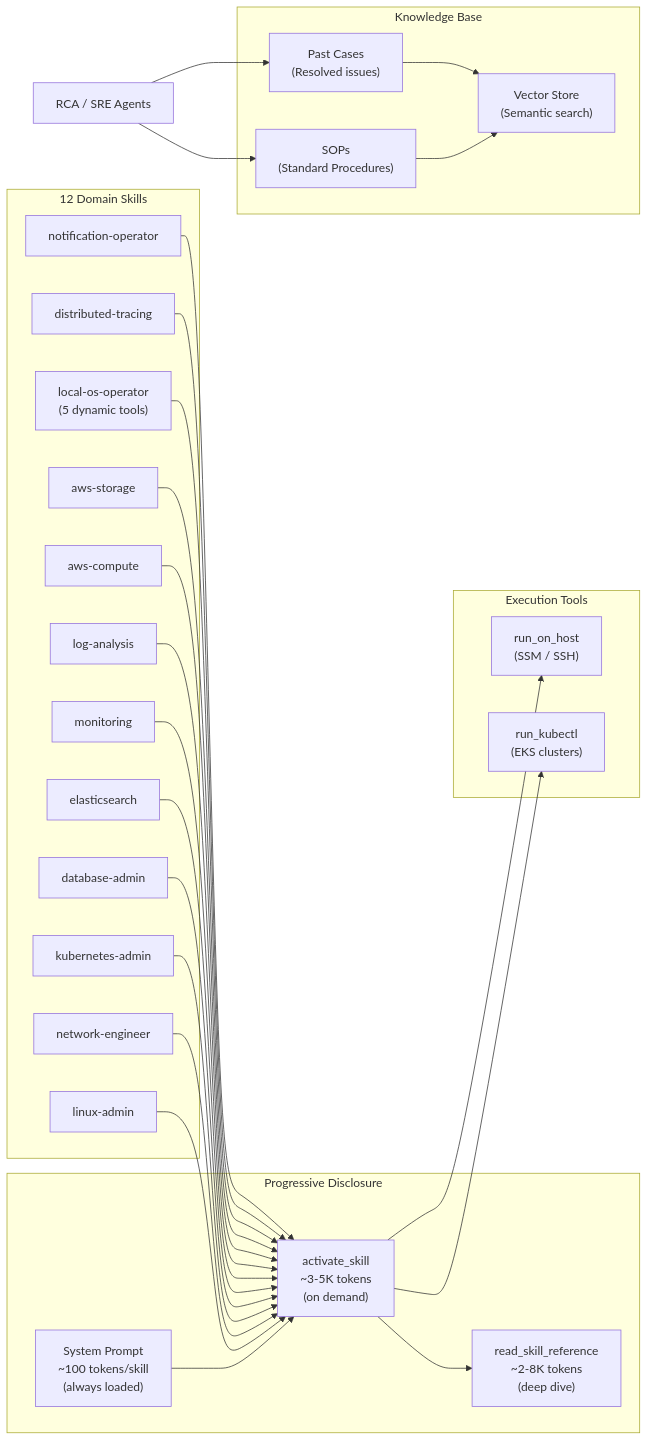
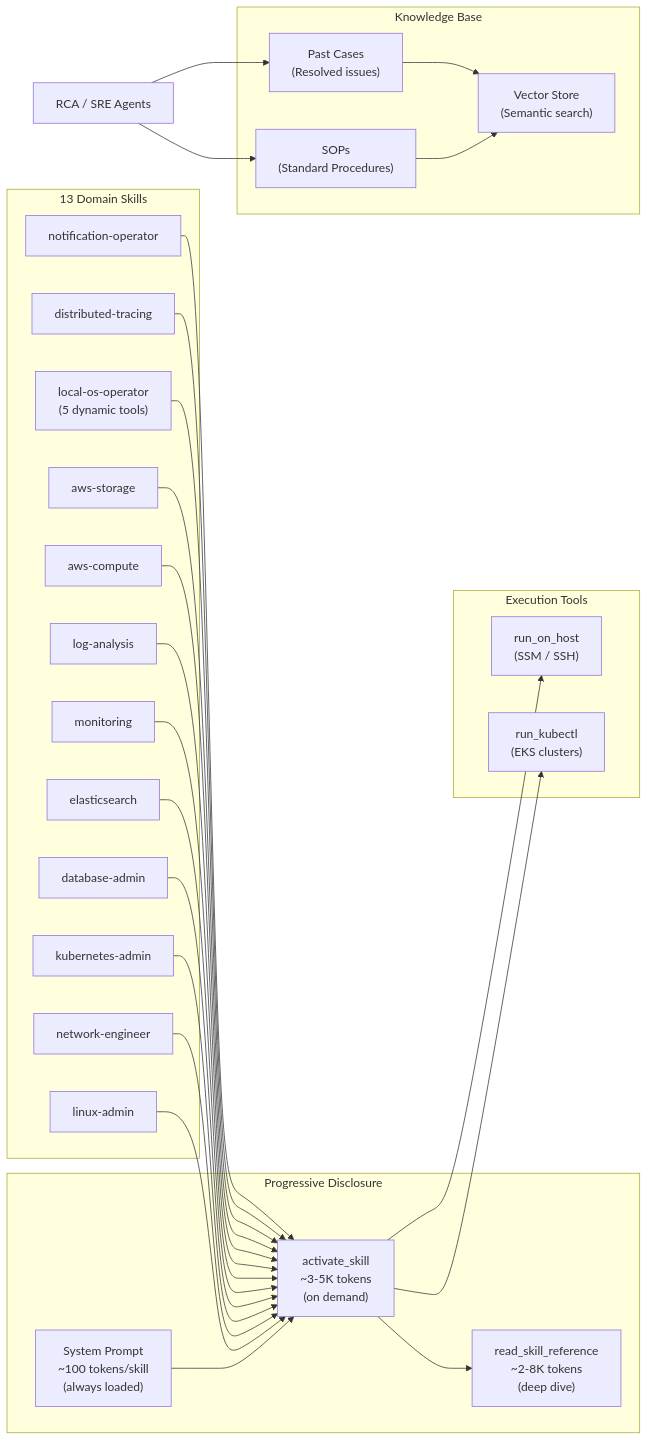
The seventh of 8 diagrams in docs/WORKFLOW.md (LiboMa/agenticops-chat), drawn with Mermaid before and after one commit. The commit also changed other lines of this file and 12 other files, not shown here.

````diff
--- a/docs/WORKFLOW.md
+++ b/docs/WORKFLOW.md
@@ -312,55 +312,55 @@
 ```mermaid
 flowchart LR
     subgraph "Progressive Disclosure"
         PROMPT["System Prompt<br/>~100 tokens/skill<br/>(always loaded)"]
         ACTIVATE["activate_skill<br/>~3-5K tokens<br/>(on demand)"]
         REF["read_skill_reference<br/>~2-8K tokens<br/>(deep dive)"]
     end
 
-    subgraph "12 Domain Skills"
+    subgraph "13 Domain Skills"
         S1["linux-admin"]
         S2["network-engineer"]
         S3["kubernetes-admin"]
         S4["database-admin"]
         S5["elasticsearch"]
         S6["monitoring"]
         S7["log-analysis"]
         S8["aws-compute"]
         S9["aws-storage"]
         S10["local-os-operator<br/>(5 dynamic tools)"]
         S11["distributed-tracing"]
         S12["notification-operator"]
     end
 
     subgraph "Execution Tools"
         HOST["run_on_host<br/>(SSM / SSH)"]
         KUBE["run_kubectl<br/>(EKS clusters)"]
     end
 
     subgraph "Knowledge Base"
         SOP["SOPs<br/>(Standard Procedures)"]
         CASES["Past Cases<br/>(Resolved issues)"]
         VEC["Vector Store<br/>(Semantic search)"]
     end
 
     PROMPT --> ACTIVATE --> REF
     S1 --> ACTIVATE
     S2 --> ACTIVATE
     S3 --> ACTIVATE
     S4 --> ACTIVATE
     S5 --> ACTIVATE
     S6 --> ACTIVATE
     S7 --> ACTIVATE
     S8 --> ACTIVATE
     S9 --> ACTIVATE
     S10 --> ACTIVATE
     S11 --> ACTIVATE
     S12 --> ACTIVATE
     ACTIVATE --> HOST
     ACTIVATE --> KUBE
 
     RCA["RCA / SRE Agents"] --> SOP
     RCA --> CASES
     SOP --> VEC
     CASES --> VEC
 ```
````
